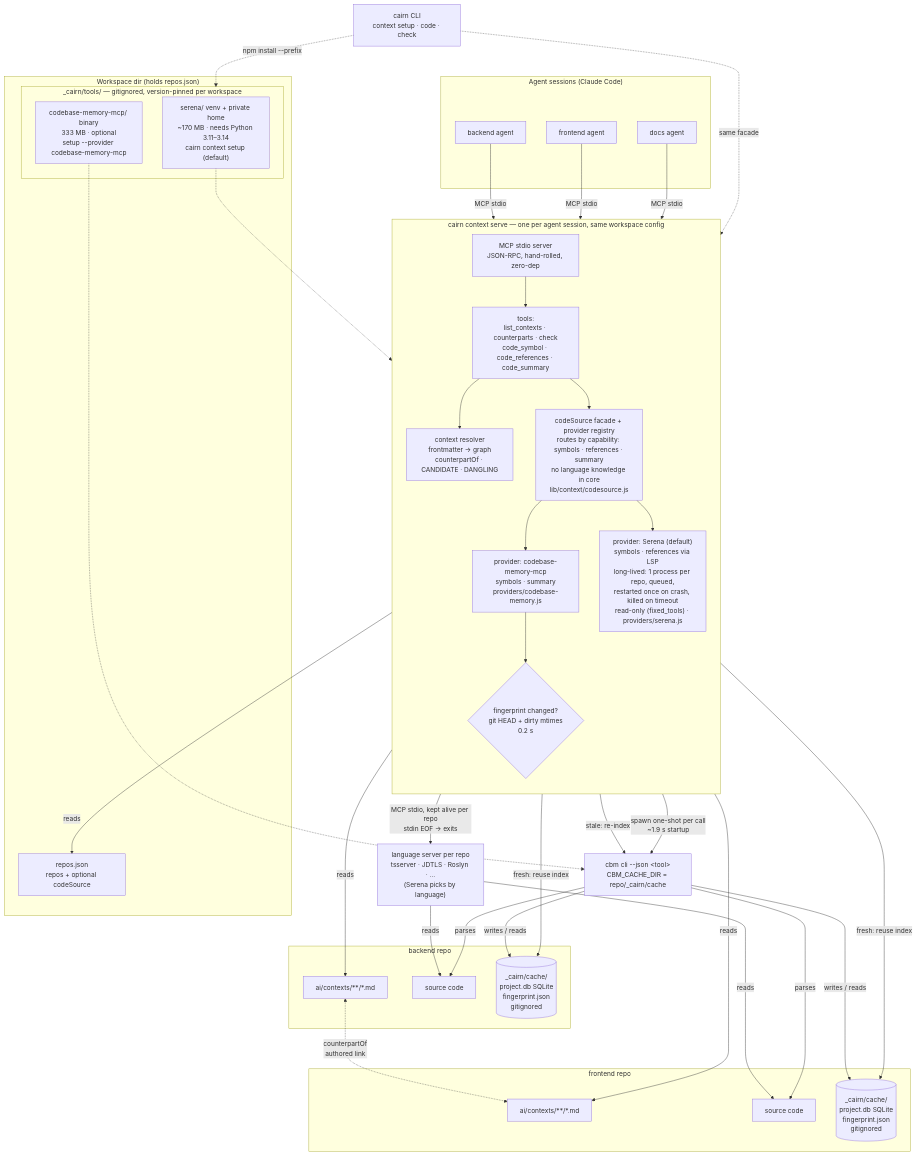
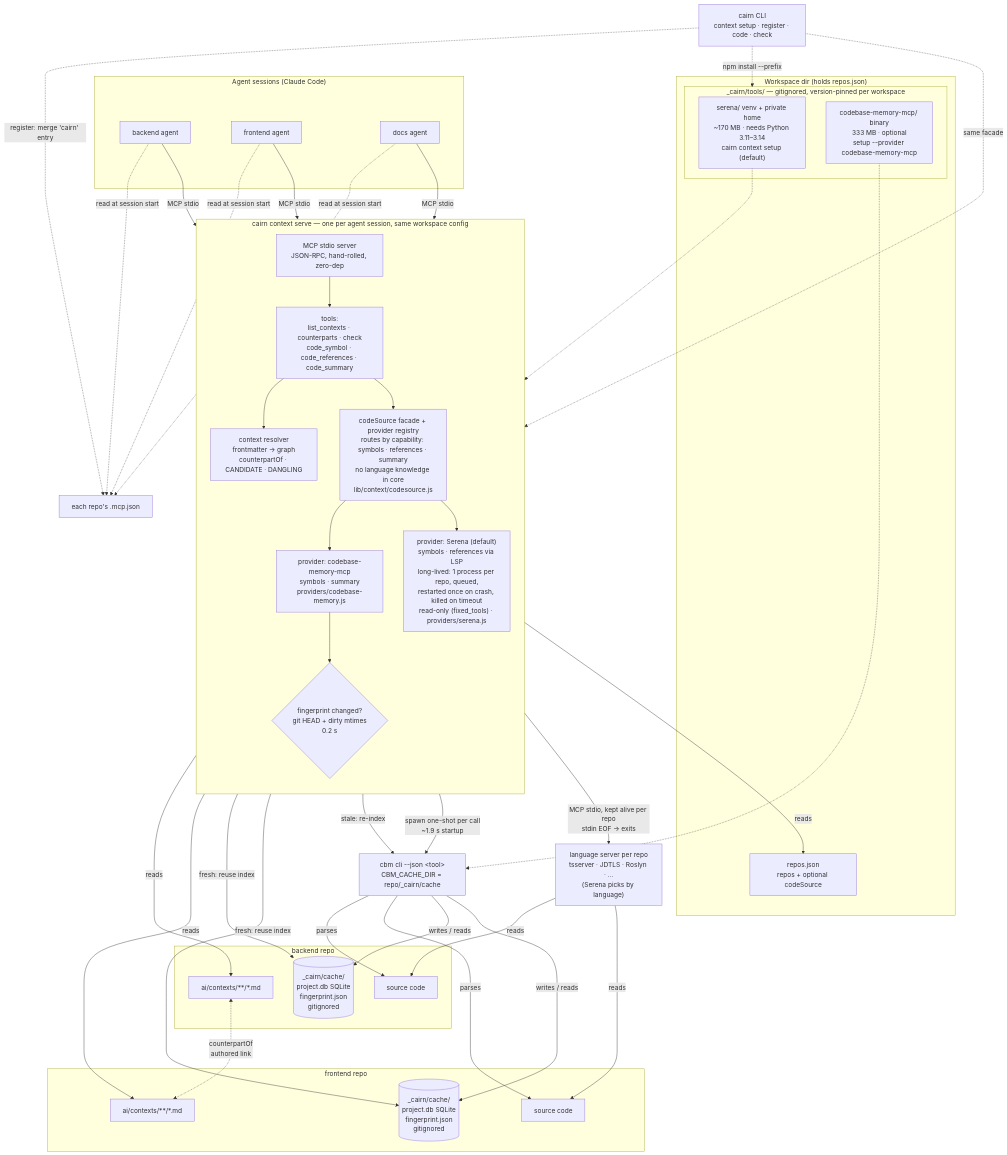
Before and after one commit to StonePandaStudio/cairn: the diagram in infrastructure.mmd, drawn with Mermaid. The commit also changed 5 other files, not shown here.

First line of the commit message:
Add `cairn context register` to wire the MCP server into repos

```diff
--- a/infrastructure.mmd
+++ b/infrastructure.mmd
@@ -1,62 +1,64 @@
 flowchart TB
     subgraph Agents["Agent sessions (Claude Code)"]
         A1["backend agent"]
         A2["frontend agent"]
         A3["docs agent"]
     end
 
     subgraph Serve["cairn context serve — one per agent session, same workspace config"]
         direction TB
         MCP["MCP stdio server<br/>JSON-RPC, hand-rolled, zero-dep"]
         TOOLS["tools:<br/>list_contexts · counterparts · check<br/>code_symbol · code_references · code_summary"]
         RES["context resolver<br/>frontmatter → graph<br/>counterpartOf · CANDIDATE · DANGLING"]
         CS["codeSource facade + provider registry<br/>routes by capability: symbols · references · summary<br/>no language knowledge in core<br/>lib/context/codesource.js"]
         PROV["provider: codebase-memory-mcp<br/>symbols · summary<br/>providers/codebase-memory.js"]
         SER["provider: Serena (default)<br/>symbols · references via LSP<br/>long-lived: 1 process per repo, queued,<br/>restarted once on crash, killed on timeout<br/>read-only (fixed_tools) · providers/serena.js"]
         GATE{"fingerprint changed?<br/>git HEAD + dirty mtimes<br/>0.2 s"}
         MCP --> TOOLS
         TOOLS --> RES
         TOOLS --> CS
         CS --> PROV
         CS --> SER
         PROV --> GATE
     end
 
     subgraph WS["Workspace dir (holds repos.json)"]
         CFG["repos.json<br/>repos + optional codeSource"]
         subgraph TOOLDIR["_cairn/tools/ — gitignored, version-pinned per workspace"]
             SBIN["serena/ venv + private home<br/>~170 MB · needs Python 3.11–3.14<br/>cairn context setup (default)"]
             BIN["codebase-memory-mcp/ binary<br/>333 MB · optional<br/>setup --provider codebase-memory-mcp"]
         end
     end
 
     subgraph R1["backend repo"]
         D1["ai/contexts/**/*.md"]
         S1["source code"]
         C1[("_cairn/cache/<br/>project.db SQLite<br/>fingerprint.json<br/>gitignored")]
     end
 
     subgraph R2["frontend repo"]
         D2["ai/contexts/**/*.md"]
         S2["source code"]
         C2[("_cairn/cache/<br/>project.db SQLite<br/>fingerprint.json<br/>gitignored")]
     end
 
     A1 & A2 & A3 -- "MCP stdio" --> MCP
 
     RES -- "reads" --> CFG
     RES -- "reads" --> D1 & D2
     D1 <-. "counterpartOf<br/>authored link" .-> D2
 
     GATE -- "fresh: reuse index" --> C1 & C2
     GATE -- "stale: re-index" --> ONE
     PROV -- "spawn one-shot per call<br/>~1.9 s startup" --> ONE["cbm cli --json &lt;tool&gt;<br/>CBM_CACHE_DIR = repo/_cairn/cache"]
     BIN -.-> ONE
     SBIN -.-> SER
     SER -- "MCP stdio, kept alive per repo<br/>stdin EOF → exits" --> LS["language server per repo<br/>tsserver · JDTLS · Roslyn · …<br/>(Serena picks by language)"]
     LS -- "reads" --> S1 & S2
     ONE -- "parses" --> S1 & S2
     ONE -- "writes / reads" --> C1 & C2
 
-    CLI["cairn CLI<br/>context setup · code · check"] -. "same facade" .-> CS
+    CLI["cairn CLI<br/>context setup · register · code · check"] -. "same facade" .-> CS
     CLI -. "npm install --prefix" .-> TOOLDIR
+    CLI -. "register: merge 'cairn' entry" .-> MCPJ["each repo's .mcp.json"]
+    A1 & A2 & A3 -. "read at session start" .-> MCPJ
```
